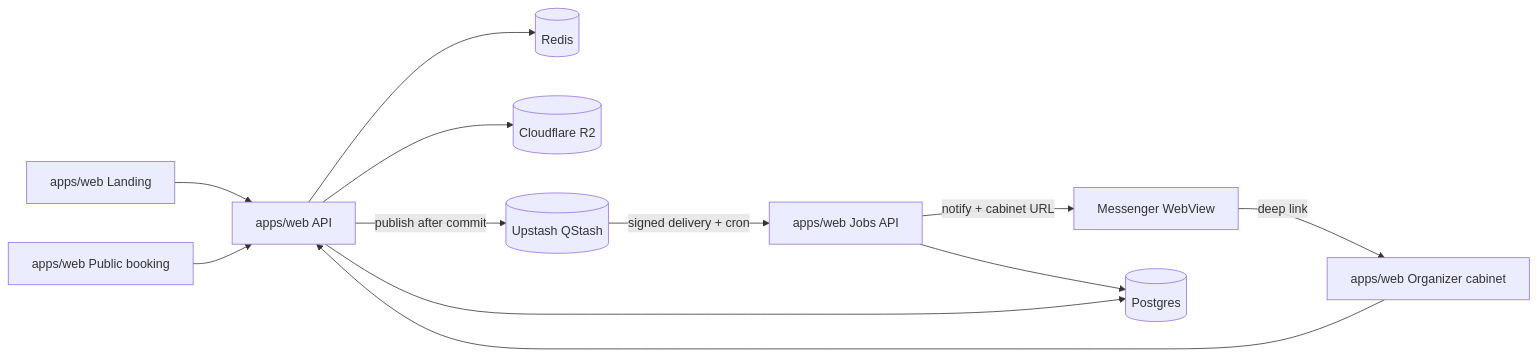
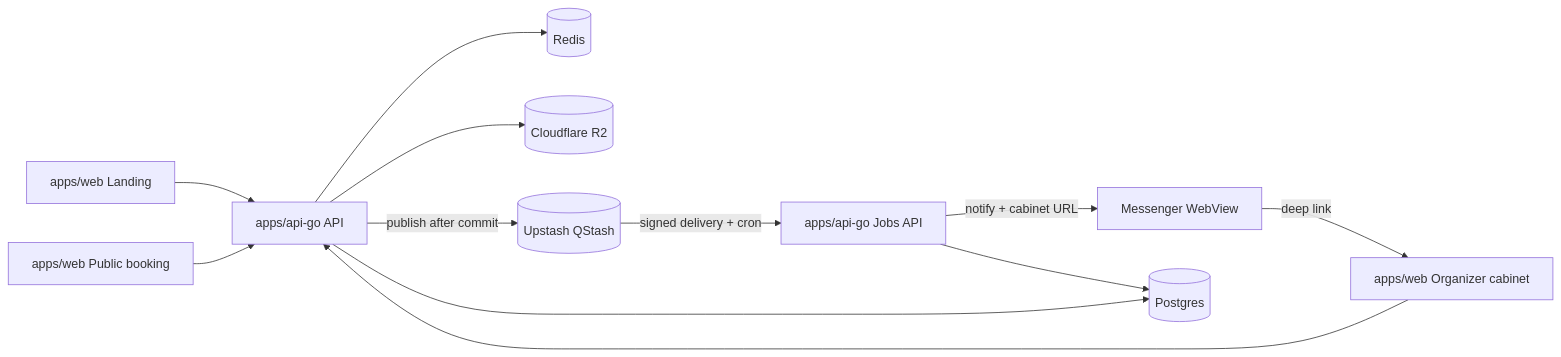
One commit to RM66/count-me-in changed the diagram in docs/architecture.md. Above: the diagram before and after it, drawn with Mermaid. The commit also changed other lines of this file and 174 other files, not shown here.

````diff
--- a/docs/architecture.md
+++ b/docs/architecture.md
@@ -19,25 +19,25 @@
 ```mermaid
 flowchart LR
   Landing[apps/web Landing]
   Public[apps/web Public booking]
   Cabinet[apps/web Organizer cabinet]
   Messenger[Messenger WebView]
-  API[apps/web API]
-  Jobs[apps/web Jobs API]
+  API[apps/api-go API]
+  Jobs[apps/api-go Jobs API]
   DB[(Postgres)]
   Redis[(Redis)]
   R2[(Cloudflare R2)]
   QStash[(Upstash QStash)]
 
   Landing --> API
   Public --> API
   Cabinet --> API
   Messenger -->|"deep link"| Cabinet
   API -->|"publish after commit"| QStash
   QStash -->|"signed delivery + cron"| Jobs
   Jobs -->|"notify + cabinet URL"| Messenger
   Jobs --> DB
   API --> DB
   API --> Redis
   API --> R2
 ```
````
